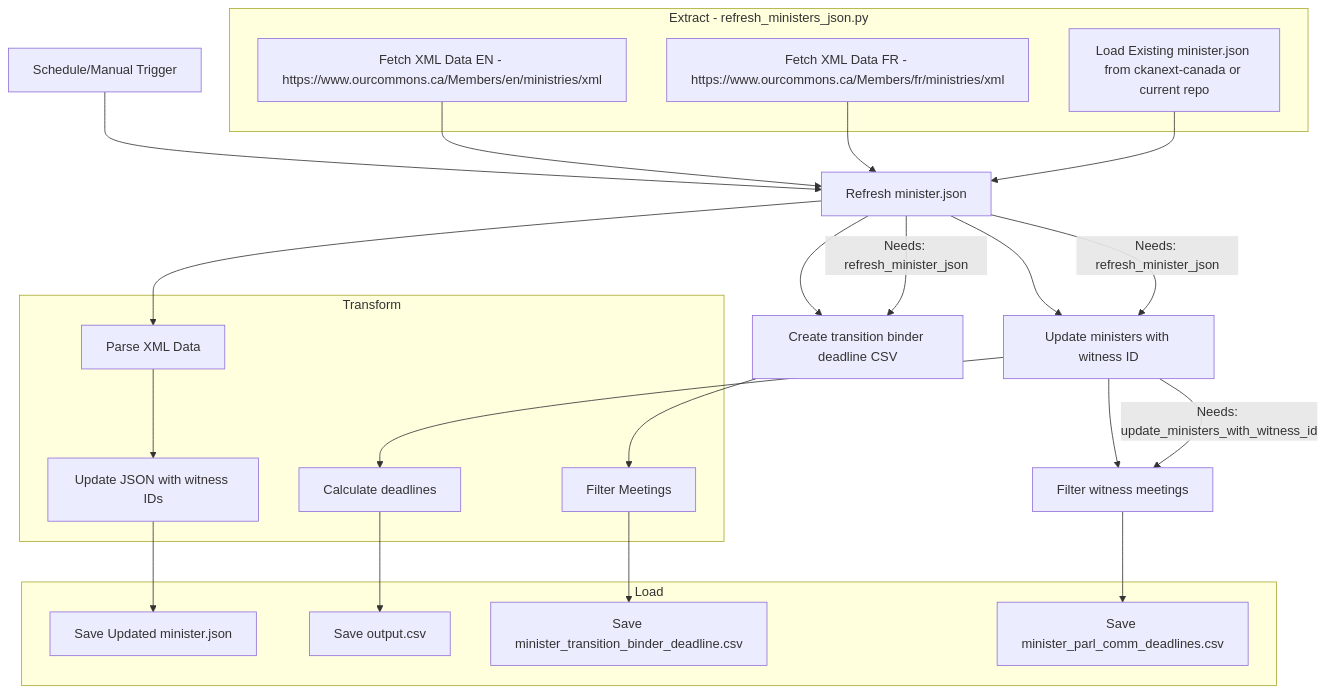
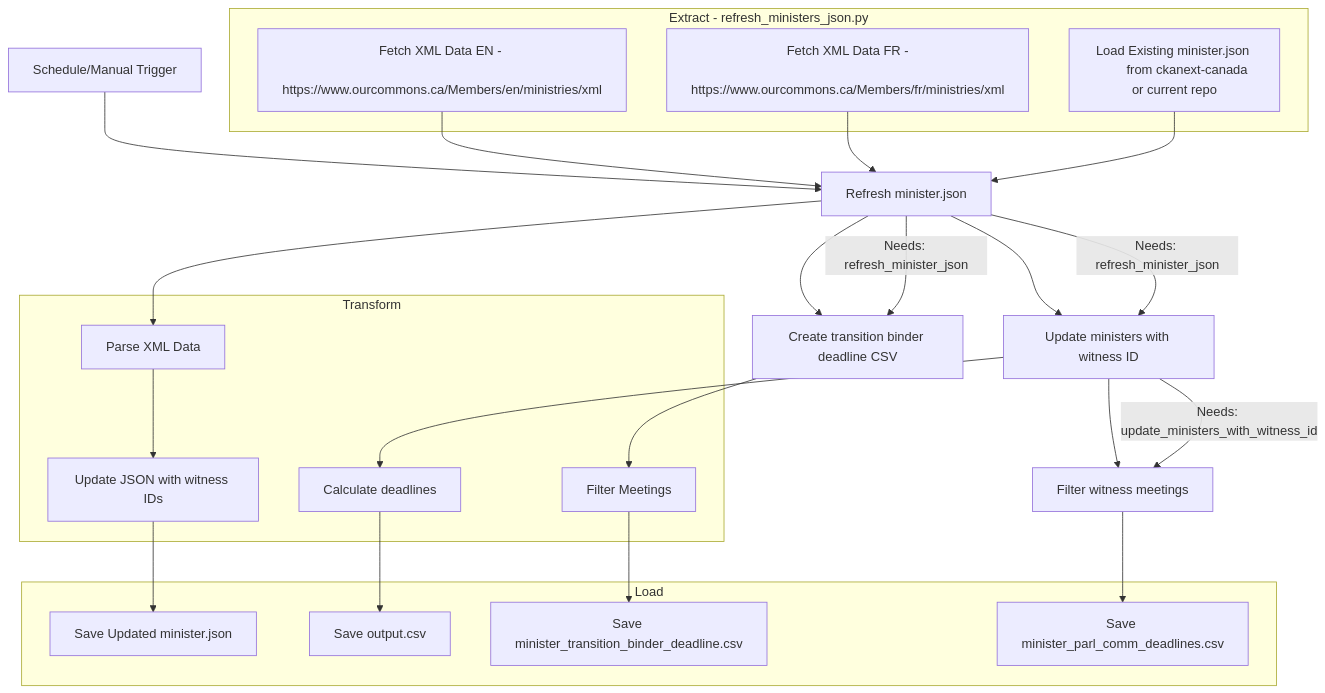
The diagram in README.md (PatLittle/sandbox_ATIA-data-pipelines), drawn with Mermaid before and after one commit.

````diff
--- a/README.md
+++ b/README.md
@@ -4,44 +4,47 @@
 ```mermaid
 graph TD
     A[Schedule/Manual Trigger] --> B[Refresh minister.json]
     B --> C[Update ministers with witness ID]
     B --> D[Create transition binder deadline CSV]
     C --> E[Filter witness meetings]
 
     subgraph Extract - refresh_ministers_json.py
-        I1[Fetch XML Data EN - https://www.ourcommons.ca/Members/en/ministries/xml]
-        I2[Fetch XML Data FR - https://www.ourcommons.ca/Members/fr/ministries/xml]
-        I3[Load Existing minister.json from ckanext-canada or current repo]
+        I1["Fetch XML Data EN - 
+         https://www.ourcommons.ca/Members/en/ministries/xml"]
+        I2["Fetch XML Data FR -
+         https://www.ourcommons.ca/Members/fr/ministries/xml"]
+        I3["Load Existing minister.json 
+        from ckanext-canada or current repo"]
     end
 
     subgraph Transform
         T1[Parse XML Data]
         T2[Update JSON with witness IDs]
         T3[Calculate deadlines]
         T4[Filter Meetings]
     end
 
     subgraph Load
         L1[Save Updated minister.json]
         L2[Save output.csv]
         L3[Save minister_transition_binder_deadline.csv]
         L4[Save minister_parl_comm_deadlines.csv]
     end
 
     I1 --> B
     I2 --> B
     I3 --> B
     B --> T1
     T1 --> T2
     T2 --> L1
     C --> T3
     T3 --> L2
     D --> T4
     T4 --> L3
     E --> L4
 
     B --> |Needs: refresh_minister_json| C
     B --> |Needs: refresh_minister_json| D
     C --> |Needs: update_ministers_with_witness_id| E
 
 ```
````
